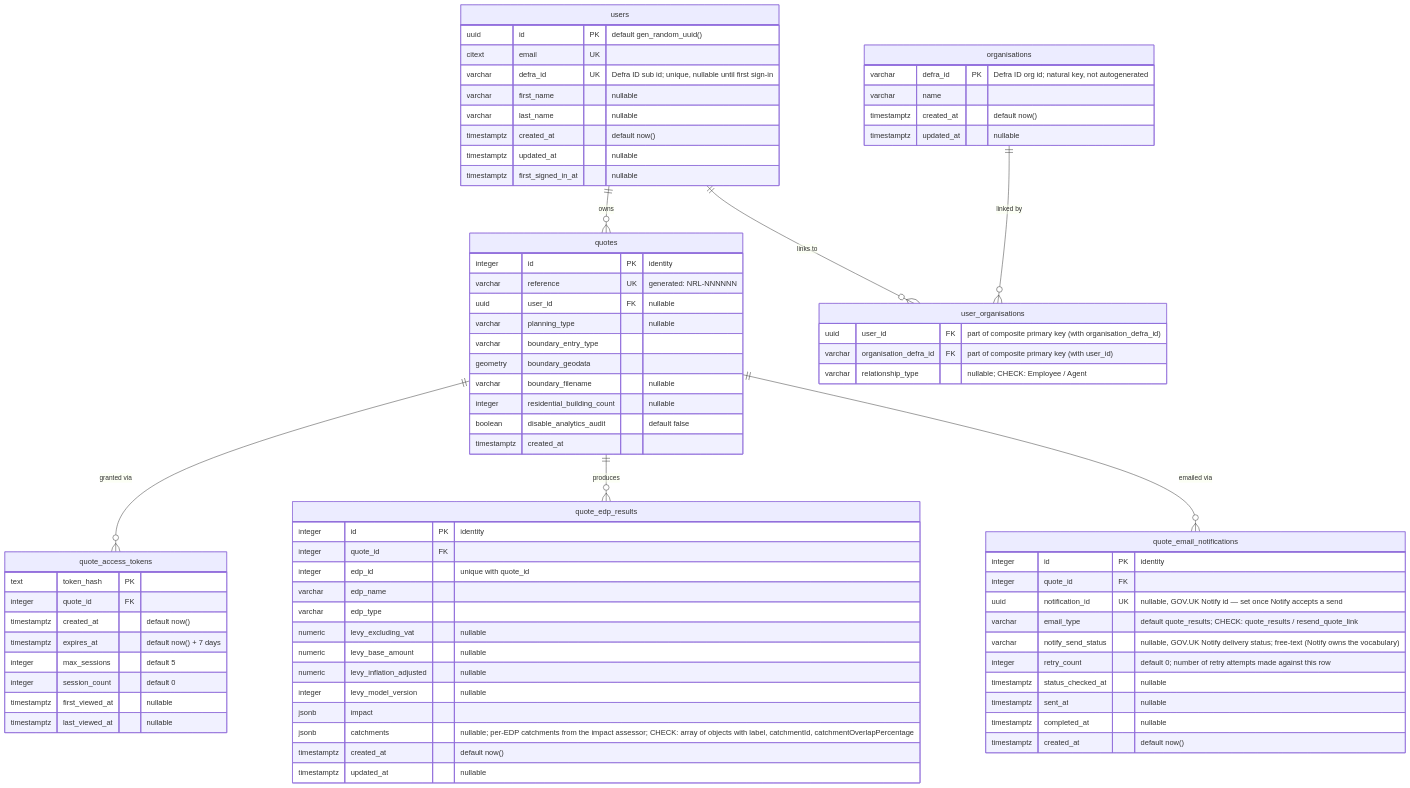
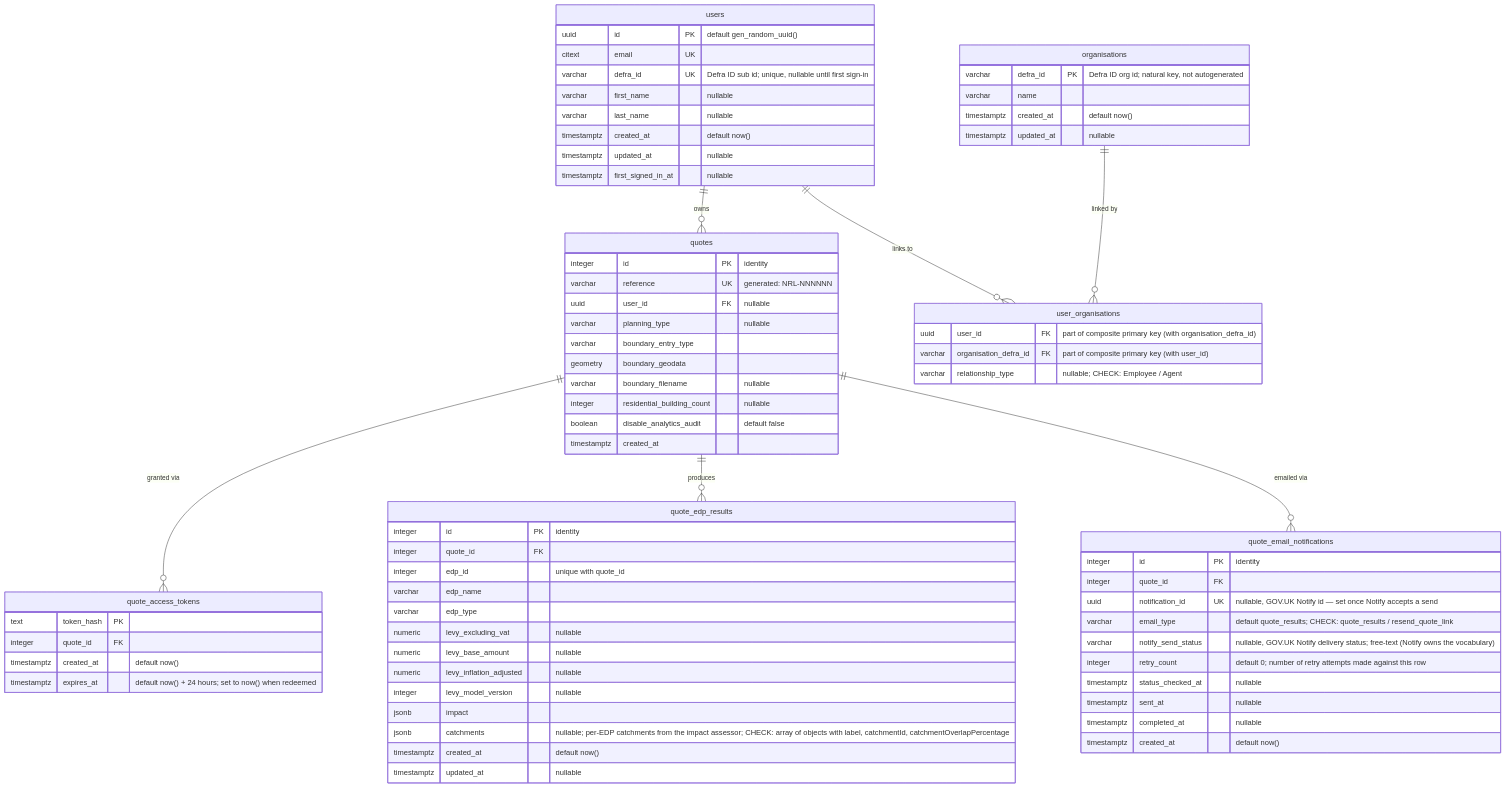
The diagram in docs/quote-database-diagram.md (DEFRA/nrf-backend), drawn with Mermaid before and after one commit. The commit also changed other lines of this file and 13 other files, not shown here.

```diff
--- a/docs/quote-database-diagram.md
+++ b/docs/quote-database-diagram.md
@@ -58,11 +58,7 @@
         text token_hash PK
         integer quote_id FK
         timestamptz created_at "default now()"
-        timestamptz expires_at "default now() + 7 days"
-        integer max_sessions "default 5"
-        integer session_count "default 0"
-        timestamptz first_viewed_at "nullable"
-        timestamptz last_viewed_at "nullable"
+        timestamptz expires_at "default now() + 24 hours; set to now() when redeemed"
     }
 
     quote_edp_results {
```
